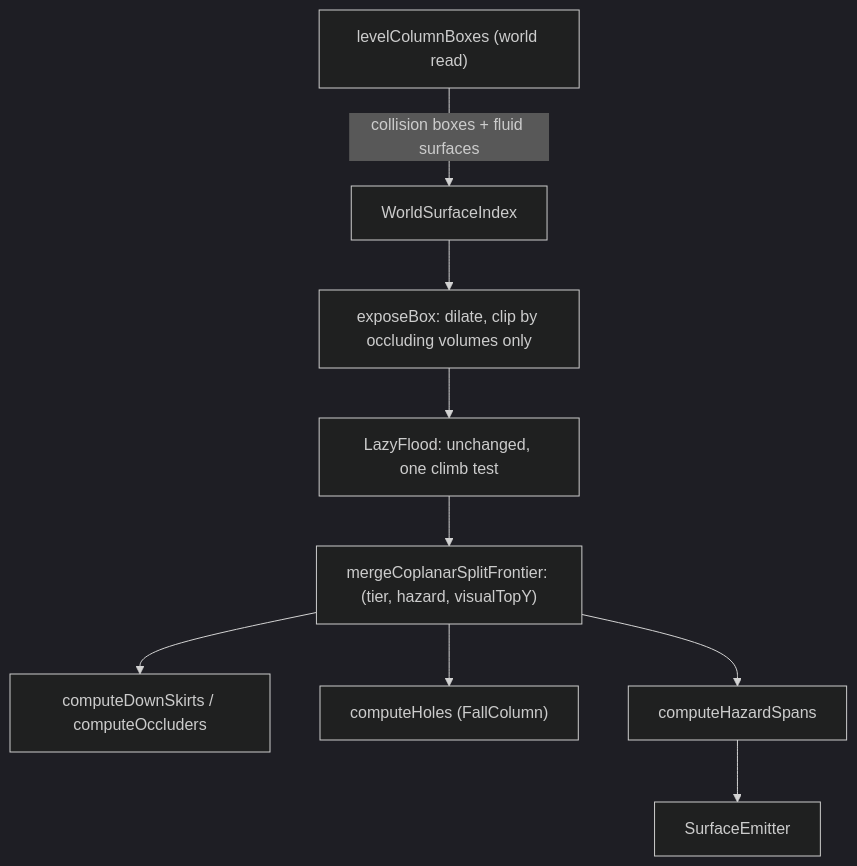
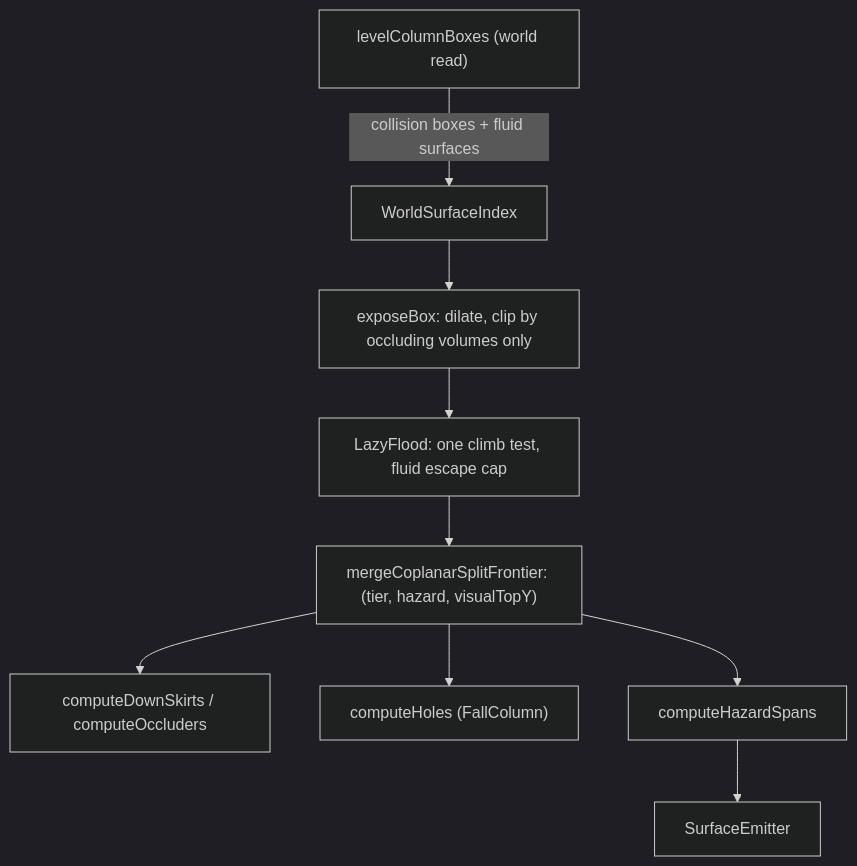
Before and after one commit to colinsmao/hbox-test: the diagram in PLAN.md, drawn with Mermaid (dark theme). The commit also changed other lines of this file, not shown here.

````diff
--- a/PLAN.md
+++ b/PLAN.md
@@ -79,11 +83,11 @@
 ```mermaid
 flowchart TD
   levelColumnBoxes["levelColumnBoxes (world read)"] -->|"collision boxes + fluid surfaces"| index[WorldSurfaceIndex]
   index --> exposeBox["exposeBox: dilate, clip by occluding volumes only"]
-  exposeBox --> flood["LazyFlood: unchanged, one climb test"]
+  exposeBox --> flood["LazyFlood: one climb test, fluid escape cap"]
   flood --> merge["mergeCoplanarSplitFrontier: (tier, hazard, visualTopY)"]
   merge --> skirts[computeDownSkirts / computeOccluders]
   merge --> holes["computeHoles (FallColumn)"]
   merge --> hazards[computeHazardSpans]
   hazards --> emit[SurfaceEmitter]
 ```
````
